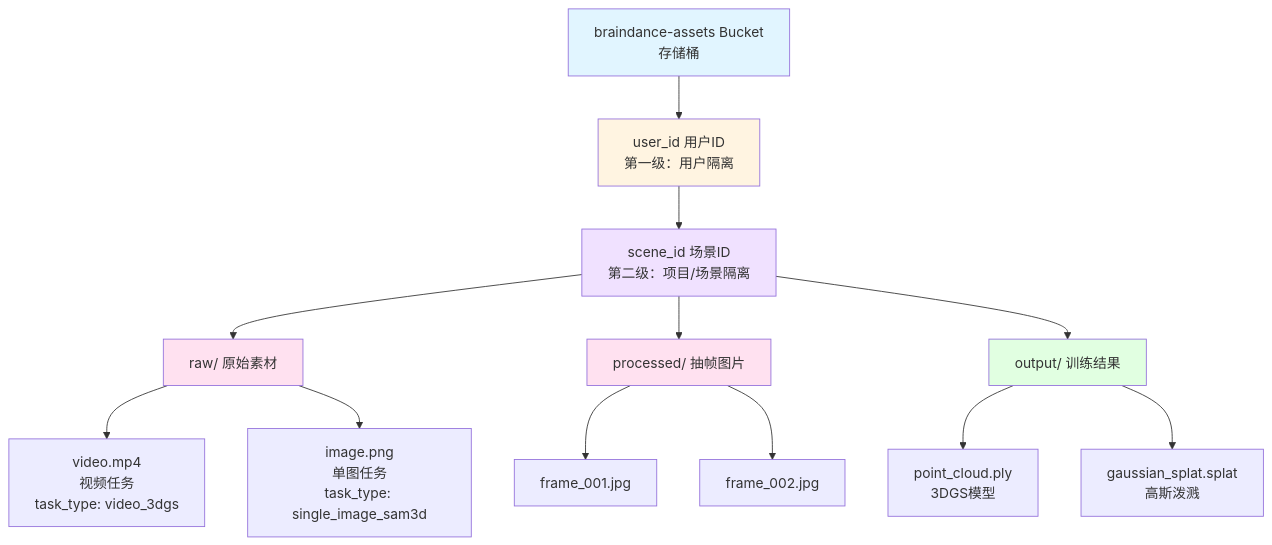
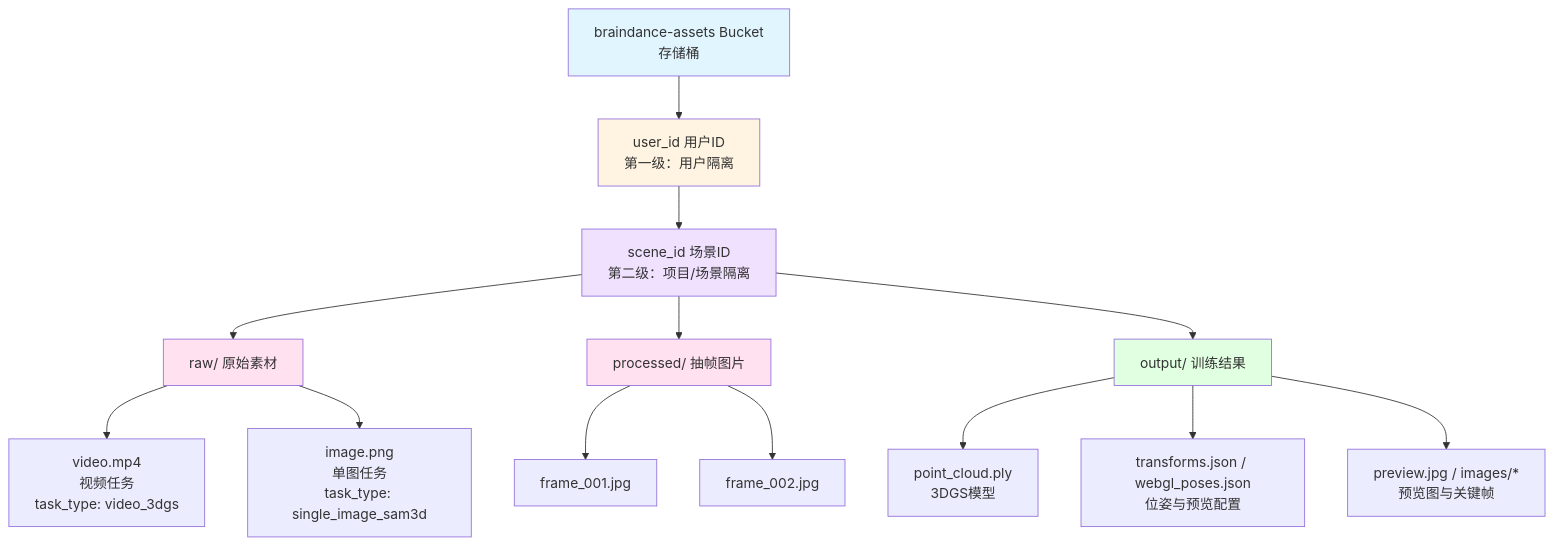
One commit to tianxingleo/BrainDance changed the diagram in docs/03-API参考/API接口指南.md. Above: the diagram before and after it, drawn with Mermaid. The commit also changed other lines of this file and 4 other files, not shown here.

````diff
--- a/docs/03-API参考/API接口指南.md
+++ b/docs/03-API参考/API接口指南.md
@@ -188,21 +198,22 @@
 ```mermaid
 graph TD
     A[braindance-assets Bucket<br/>存储桶] --> B[user_id 用户ID<br/>第一级：用户隔离]
     B --> C[scene_id 场景ID<br/>第二级：项目/场景隔离]
     C --> D[raw/ 原始素材]
     C --> E[processed/ 抽帧图片]
     C --> F[output/ 训练结果]
     D --> G[video.mp4<br/>视频任务<br/>task_type: video_3dgs]
     D --> H[image.png<br/>单图任务<br/>task_type: single_image_sam3d]
     E --> I[frame_001.jpg]
     E --> J[frame_002.jpg]
     F --> K[point_cloud.ply<br/>3DGS模型]
-    F --> L[gaussian_splat.splat<br/>高斯泼溅]
+    F --> L[transforms.json / webgl_poses.json<br/>位姿与预览配置]
+    F --> M[preview.jpg / images/*<br/>预览图与关键帧]
 
     style A fill:#e1f5ff
     style B fill:#fff4e1
     style C fill:#f0e1ff
     style D fill:#ffe1f0
     style E fill:#ffe1f0
     style F fill:#e1ffe1
 ```
````
